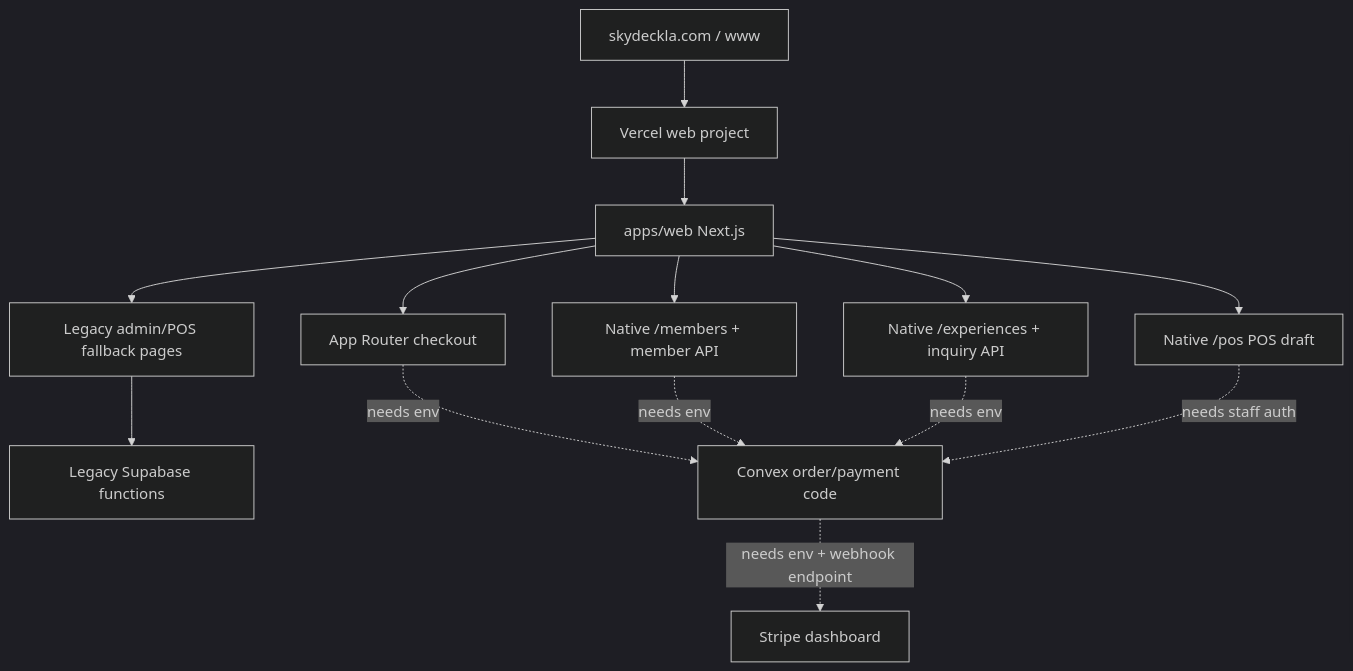
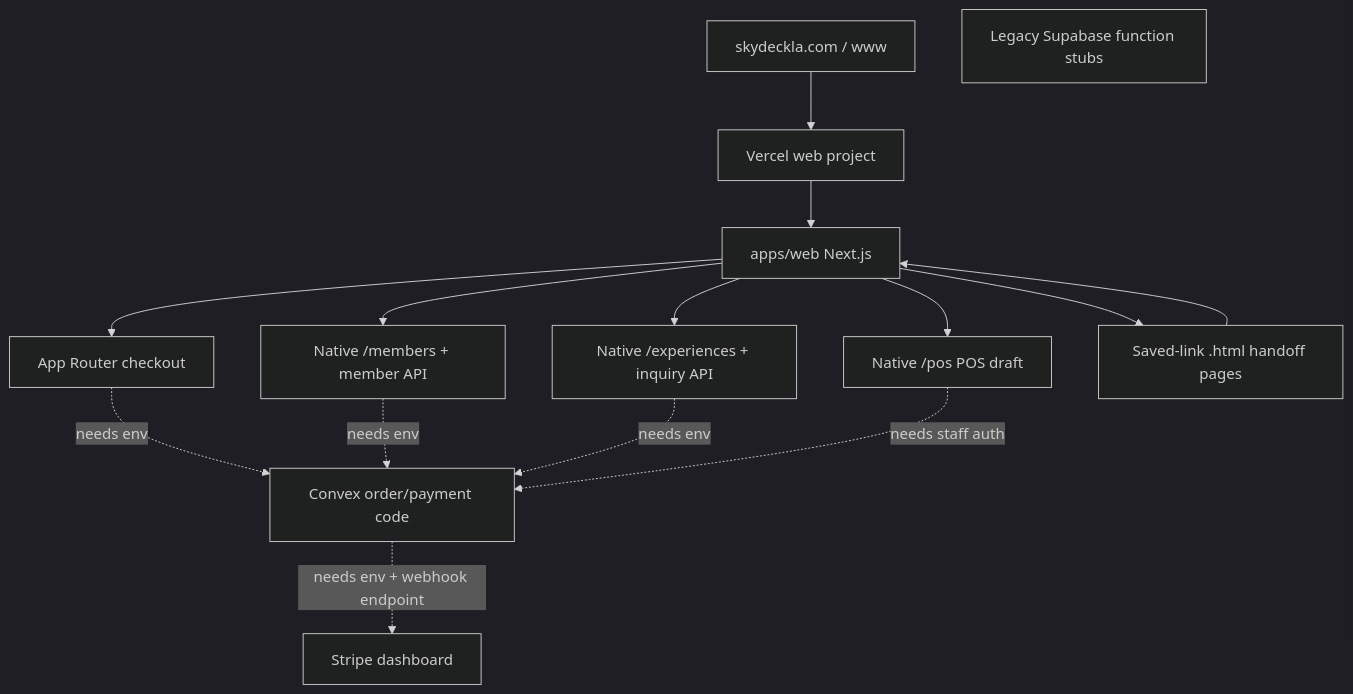
One commit to junyengit/skyla changed the diagram in docs/runbooks/production-readiness-checklist.md. Above: the diagram before and after it, drawn with Mermaid (dark theme). The commit also changed other lines of this file and 11 other files, not shown here.

````diff
--- a/docs/runbooks/production-readiness-checklist.md
+++ b/docs/runbooks/production-readiness-checklist.md
@@ -188,25 +190,25 @@
 ```mermaid
 flowchart TD
   domain["skydeckla.com / www"]
   vercel["Vercel web project"]
   next["apps/web Next.js"]
   checkout["App Router checkout"]
   members["Native /members + member API"]
   experiences["Native /experiences + inquiry API"]
   pos["Native /pos POS draft"]
-  legacy["Legacy admin/POS fallback pages"]
-  supabase["Legacy Supabase functions"]
+  handoff["Saved-link .html handoff pages"]
+  supabase["Legacy Supabase function stubs"]
   convex["Convex order/payment code"]
   stripe["Stripe dashboard"]
 
   domain --> vercel --> next --> checkout
   next --> members
   next --> experiences
   next --> pos
-  next --> legacy --> supabase
+  next --> handoff --> next
   checkout -. "needs env" .-> convex
   members -. "needs env" .-> convex
   experiences -. "needs env" .-> convex
   pos -. "needs staff auth" .-> convex
   convex -. "needs env + webhook endpoint" .-> stripe
 ```
````
